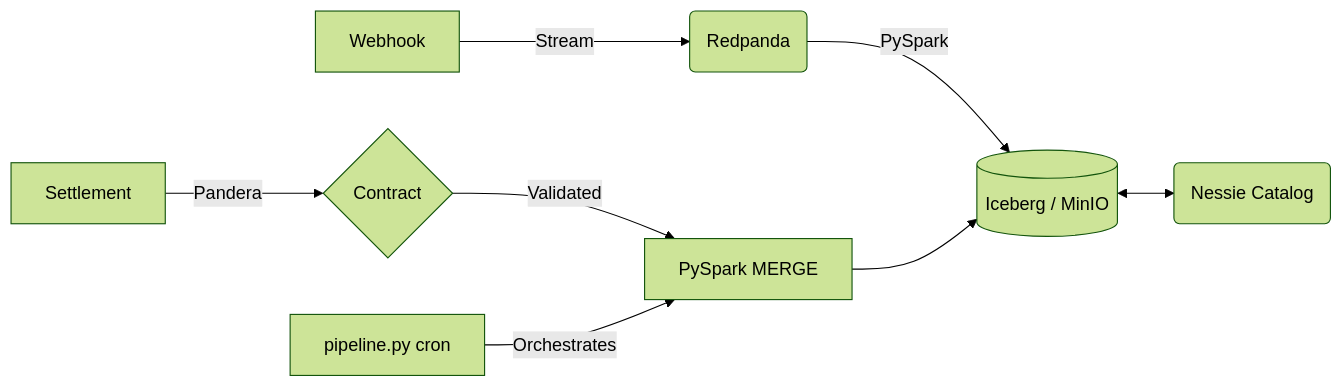
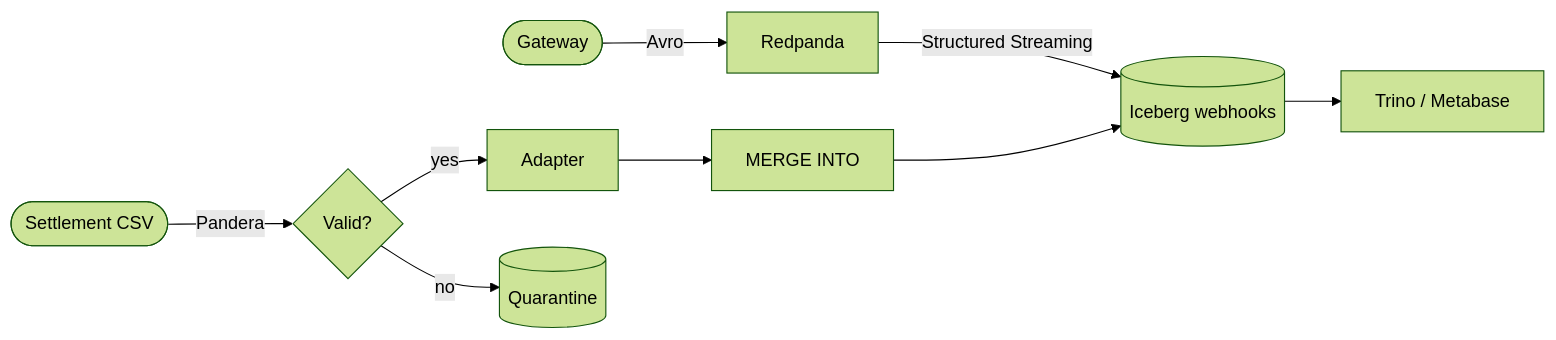
The diagram in README.md (DhanushPillay/tx-recon), drawn with Mermaid (forest theme) before and after one commit. The commit also changed other lines of this file and 6 other files, not shown here.

````diff
--- a/README.md
+++ b/README.md
@@ -26,10 +36,11 @@
 ```mermaid
 flowchart LR
-    A[Webhook] -->|Stream| B(Redpanda)
-    B -->|PySpark| C[(Iceberg / MinIO)]
-    E[Settlement] -->|Pandera| V{Contract}
-    V -->|Validated| F[PySpark MERGE]
-    F --> C
-    G[pipeline.py cron] -->|Orchestrates| F
-    C <--> H(Nessie Catalog)
+    W([Gateway]) -->|Avro| K[Redpanda]
+    K -->|Structured Streaming| I[(Iceberg webhooks)]
+    C([Settlement CSV]) -->|Pandera| V{Valid?}
+    V -->|yes| N[Adapter]
+    V -->|no| Q[(Quarantine)]
+    N --> M[MERGE INTO]
+    M --> I
+    I --> T[Trino / Metabase]
 ```
````
